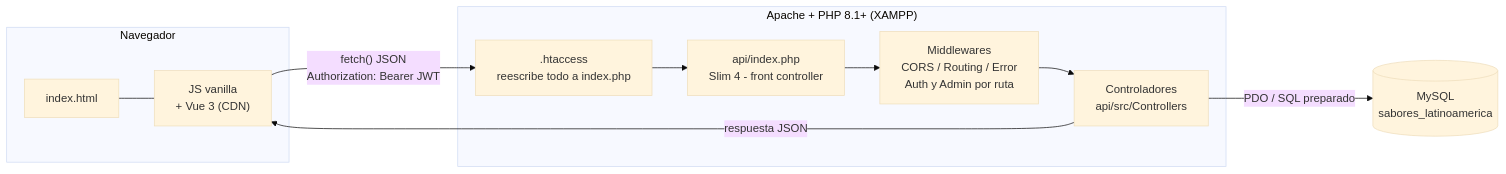
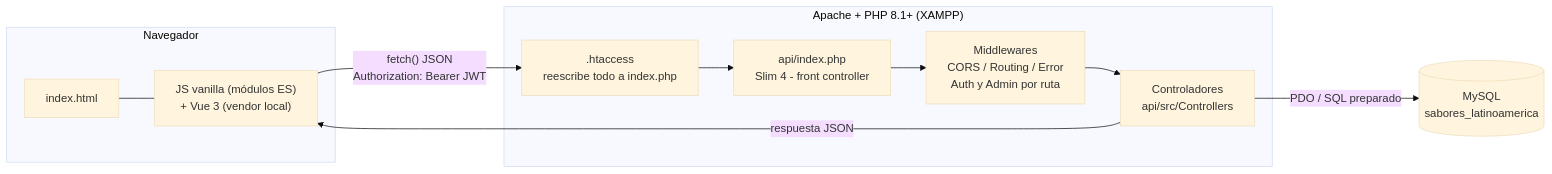
One commit to bluesans/sabores-latinoamerica changed the first of 3 diagrams in documentacion-tecnica-sabores-latinoamerica.md. Above: the diagram before and after it, drawn with Mermaid (base theme). The commit also changed other lines of this file and 1 other file, not shown here.

Commit message:
docs: full reconciliation with reworked architecture

````diff
--- a/documentacion-tecnica-sabores-latinoamerica.md
+++ b/documentacion-tecnica-sabores-latinoamerica.md
@@ -107,22 +134,22 @@
 ```mermaid
 flowchart LR
     subgraph CLIENTE["Navegador"]
         HTML["index.html"]
-        JSF["JS vanilla<br/>+ Vue 3 (CDN)"]
+        JSF["JS vanilla (módulos ES)<br/>+ Vue 3 (vendor local)"]
     end
 
     subgraph SERVIDOR["Apache + PHP 8.1+ (XAMPP)"]
         HT[".htaccess<br/>reescribe todo a index.php"]
         IDX["api/index.php<br/>Slim 4 - front controller"]
         MW["Middlewares<br/>CORS / Routing / Error<br/>Auth y Admin por ruta"]
         CTRL["Controladores<br/>api/src/Controllers"]
         HT --> IDX --> MW --> CTRL
     end
 
     DB[("MySQL<br/>sabores_latinoamerica")]
 
     HTML --- JSF
     JSF -- "fetch() JSON<br/>Authorization: Bearer JWT" --> HT
     CTRL -- "PDO / SQL preparado" --> DB
     CTRL -- "respuesta JSON" --> JSF
 ```
````
